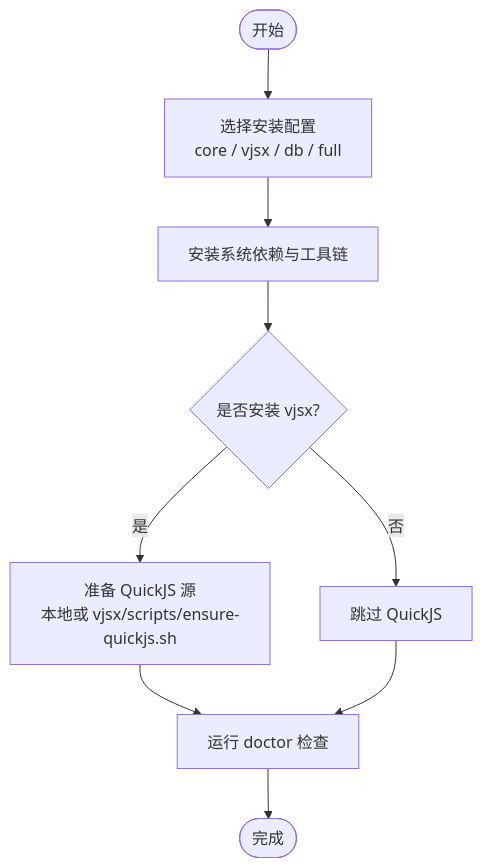
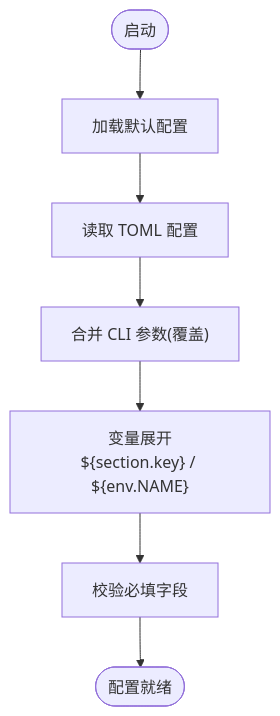
Before and after one commit to guweigang/vhttpd: the fourth of 5 diagrams in .qoder/repowiki/zh/content/快速开始.md, drawn with Mermaid. The commit also changed other lines of this file and 697 other files, not shown here.

````diff
--- a/.qoder/repowiki/zh/content/快速开始.md
+++ b/.qoder/repowiki/zh/content/快速开始.md
@@ -123,11 +147,9 @@
 ```mermaid
 flowchart TD
-Start(["开始"]) --> Choose["选择安装配置<br/>core / vjsx / db / full"]
-Choose --> InstallDeps["安装系统依赖与工具链"]
-InstallDeps --> VjsxQuickJS{"是否安装 vjsx?"}
-VjsxQuickJS --> |是| EnsureQJS["准备 QuickJS 源<br/>本地或 vjsx/scripts/ensure-quickjs.sh"]
-VjsxQuickJS --> |否| SkipQJS["跳过 QuickJS"]
-EnsureQJS --> Doctor["运行 doctor 检查"]
-SkipQJS --> Doctor
-Doctor --> Done(["完成"])
+Start(["启动"]) --> LoadDefaults["加载默认配置"]
+LoadDefaults --> LoadTOML["读取 TOML 配置"]
+LoadTOML --> MergeCLI["合并 CLI 参数(覆盖)"]
+MergeCLI --> ExpandVars["变量展开<br/>${section.key} / ${env.NAME}"]
+ExpandVars --> Validate["校验必填字段"]
+Validate --> Ready(["配置就绪"])
 ```
````
